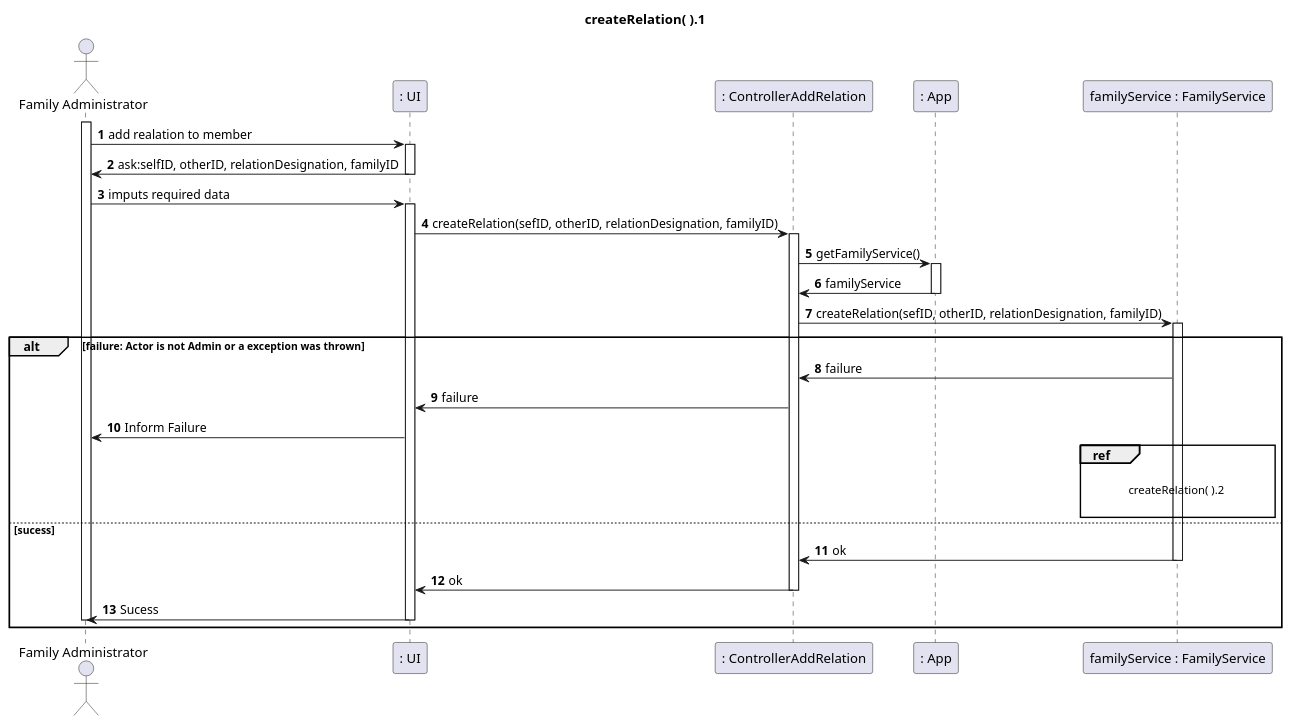
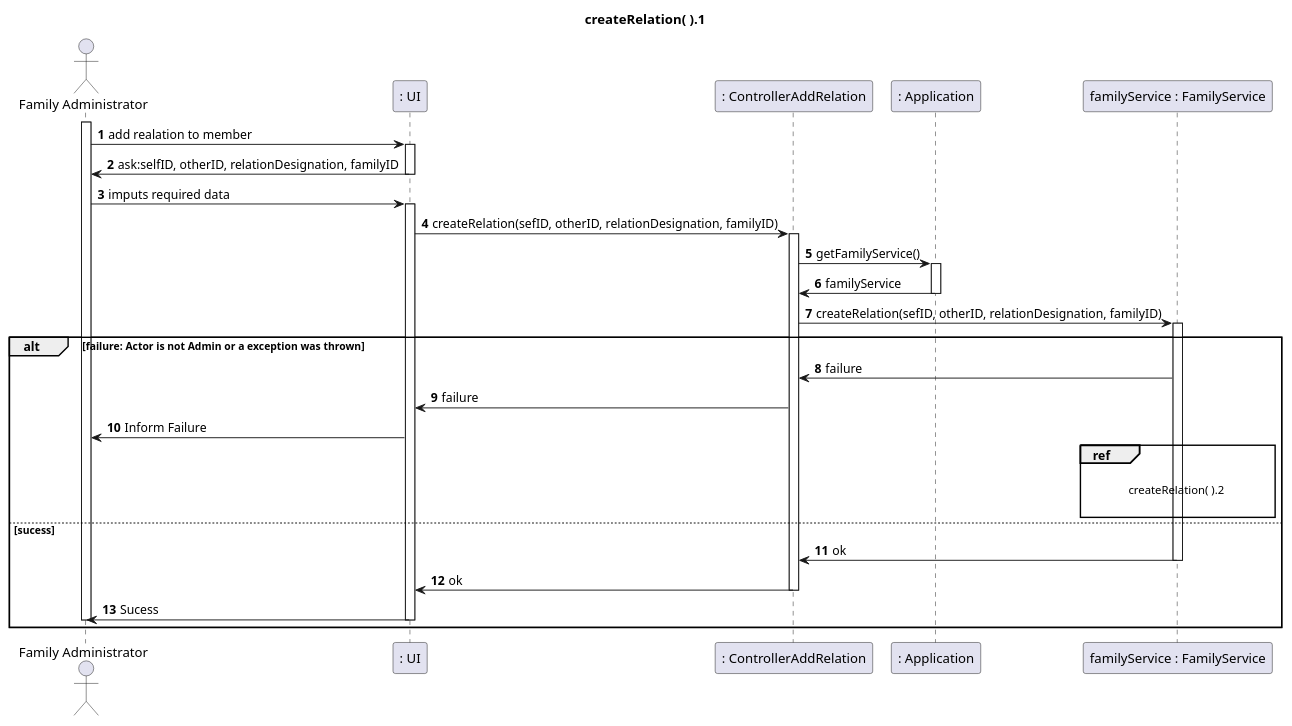
The third of 5 diagrams in docs/sprint1/user_stories/US105_AddRelation.md (tomas-osswald/switch_2020_g3), drawn with PlantUML before and after one commit. The commit also changed 6 other files, not shown here.

````diff
--- a/docs/sprint1/user_stories/US105_AddRelation.md
+++ b/docs/sprint1/user_stories/US105_AddRelation.md
@@ -114,56 +114,56 @@
 ```puml
 autonumber
 
 title createRelation( ).1
 
 actor "Family Administrator" as familyAdministrator
 participant ": UI" as ui
 participant ": ControllerAddRelation" as controler
-participant ": App" as app
+participant ": Application" as app
 participant "familyService : FamilyService" as service
 
 
 activate familyAdministrator
 familyAdministrator -> ui : add realation to member
 activate ui
 ui -> familyAdministrator : ask:selfID, otherID, relationDesignation, familyID
 deactivate ui 
 familyAdministrator -> ui : imputs required data
 activate ui
 ui -> controler : createRelation(sefID, otherID, relationDesignation, familyID)
 activate controler
 
 controler -> app : getFamilyService()
 activate app
 app -> controler : familyService
 deactivate app
 
 controler -> service : createRelation(sefID, otherID, relationDesignation, familyID)
 activate service
 
 alt failure: Actor is not Admin or a exception was thrown
 
 service -> controler : failure
 controler -> ui : failure
 ui -> familyAdministrator : Inform Failure
 
 ref over service
 
 createRelation( ).2 
 
 end ref
 
 else sucess
 
 service -> controler : ok
 
 deactivate service
 controler -> ui : ok
 deactivate controler
 ui -> familyAdministrator : Sucess
 deactivate ui
 deactivate familyAdministrator
 
 end
 
 ```
````
